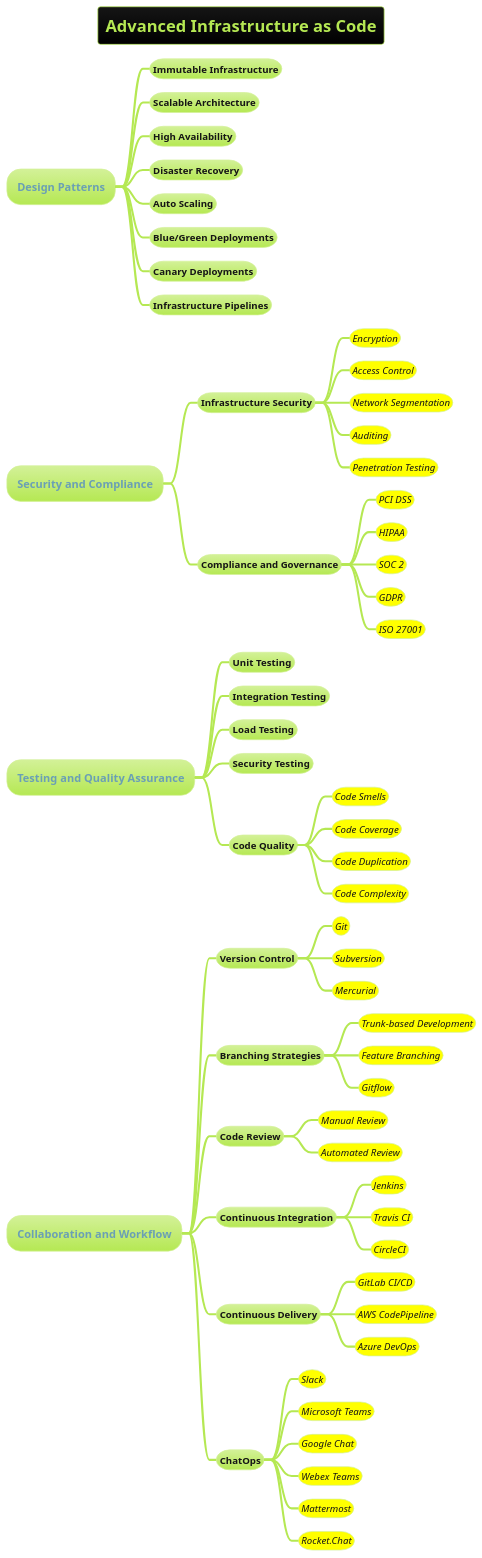
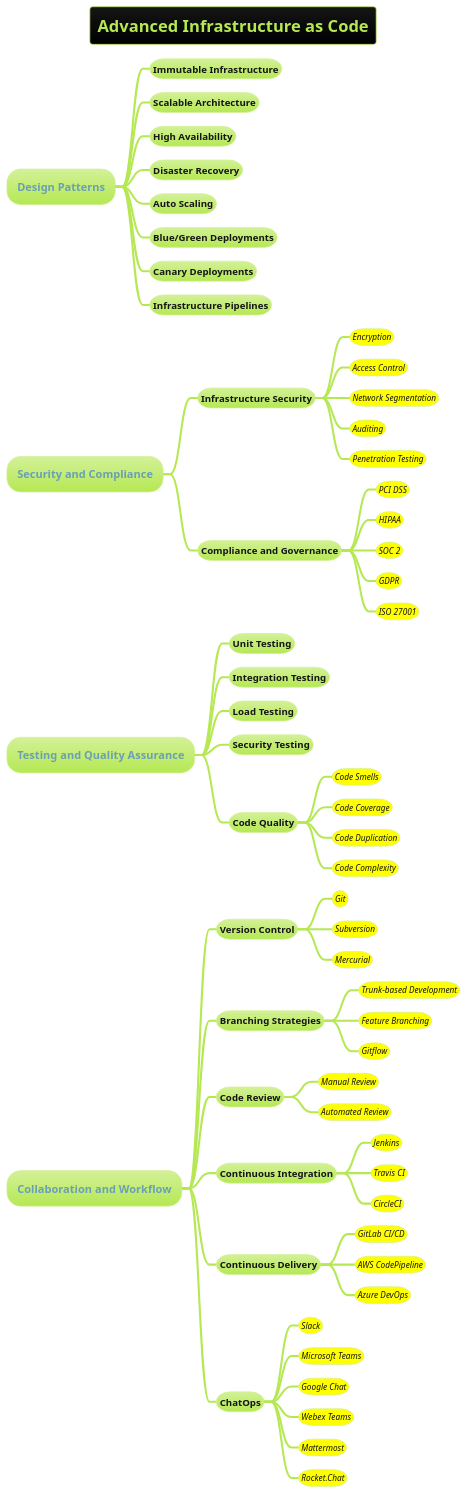
Before and after one commit to MehmoodHashmi/Documentation-as-Code-DaC: the diagram in docs/3-devops/devops-plantuml-mindmap/advance-infrastructure-as-code.puml, drawn with PlantUML. The commit also changed 20 other files, not shown here.

```diff
--- a/docs/3-devops/devops-plantuml-mindmap/advance-infrastructure-as-code.puml
+++ b/docs/3-devops/devops-plantuml-mindmap/advance-infrastructure-as-code.puml
@@ -1,64 +1,64 @@
 @startmindmap
 title =Advanced Infrastructure as Code
 !theme hacker
 
 * Design Patterns
 ** Immutable Infrastructure
 ** Scalable Architecture
 ** High Availability
 ** Disaster Recovery
 ** Auto Scaling
 ** Blue/Green Deployments
 ** Canary Deployments
 ** Infrastructure Pipelines
 * Security and Compliance
 ** Infrastructure Security
-***[#yellow] ====<size:14>Encryption
-***[#yellow] ====<size:14>Access Control
-***[#yellow] ====<size:14>Network Segmentation
-***[#yellow] ====<size:14>Auditing
-***[#yellow] ====<size:14>Penetration Testing
+***[#yellow] <i><size:12>Encryption
+***[#yellow] <i><size:12>Access Control
+***[#yellow] <i><size:12>Network Segmentation
+***[#yellow] <i><size:12>Auditing
+***[#yellow] <i><size:12>Penetration Testing
 ** Compliance and Governance
-***[#yellow] ====<size:14>PCI DSS
-***[#yellow] ====<size:14>HIPAA
-***[#yellow] ====<size:14>SOC 2
-***[#yellow] ====<size:14>GDPR
-***[#yellow] ====<size:14>ISO 27001
+***[#yellow] <i><size:12>PCI DSS
+***[#yellow] <i><size:12>HIPAA
+***[#yellow] <i><size:12>SOC 2
+***[#yellow] <i><size:12>GDPR
+***[#yellow] <i><size:12>ISO 27001
 * Testing and Quality Assurance
 ** Unit Testing
 ** Integration Testing
 ** Load Testing
 ** Security Testing
 ** Code Quality
-***[#yellow] ====<size:14>Code Smells
-***[#yellow] ====<size:14>Code Coverage
-***[#yellow] ====<size:14>Code Duplication
-***[#yellow] ====<size:14>Code Complexity
+***[#yellow] <i><size:12>Code Smells
+***[#yellow] <i><size:12>Code Coverage
+***[#yellow] <i><size:12>Code Duplication
+***[#yellow] <i><size:12>Code Complexity
 * Collaboration and Workflow
 ** Version Control
-***[#yellow] ====<size:14>Git
-***[#yellow] ====<size:14>Subversion
-***[#yellow] ====<size:14>Mercurial
+***[#yellow] <i><size:12>Git
+***[#yellow] <i><size:12>Subversion
+***[#yellow] <i><size:12>Mercurial
 ** Branching Strategies
-***[#yellow] ====<size:14>Trunk-based Development
-***[#yellow] ====<size:14>Feature Branching
-***[#yellow] ====<size:14>Gitflow
+***[#yellow] <i><size:12>Trunk-based Development
+***[#yellow] <i><size:12>Feature Branching
+***[#yellow] <i><size:12>Gitflow
 ** Code Review
-***[#yellow] ====<size:14>Manual Review
-***[#yellow] ====<size:14>Automated Review
+***[#yellow] <i><size:12>Manual Review
+***[#yellow] <i><size:12>Automated Review
 ** Continuous Integration
-***[#yellow] ====<size:14>Jenkins
-***[#yellow] ====<size:14>Travis CI
-***[#yellow] ====<size:14>CircleCI
+***[#yellow] <i><size:12>Jenkins
+***[#yellow] <i><size:12>Travis CI
+***[#yellow] <i><size:12>CircleCI
 ** Continuous Delivery
-***[#yellow] ====<size:14>GitLab CI/CD
-***[#yellow] ====<size:14>AWS CodePipeline
-***[#yellow] ====<size:14>Azure DevOps
+***[#yellow] <i><size:12>GitLab CI/CD
+***[#yellow] <i><size:12>AWS CodePipeline
+***[#yellow] <i><size:12>Azure DevOps
 ** ChatOps
-***[#yellow] ====<size:14>Slack
-***[#yellow] ====<size:14>Microsoft Teams
-***[#yellow] ====<size:14>Google Chat
-***[#yellow] ====<size:14>Webex Teams
-***[#yellow] ====<size:14>Mattermost
-***[#yellow] ====<size:14>Rocket.Chat
+***[#yellow] <i><size:12>Slack
+***[#yellow] <i><size:12>Microsoft Teams
+***[#yellow] <i><size:12>Google Chat
+***[#yellow] <i><size:12>Webex Teams
+***[#yellow] <i><size:12>Mattermost
+***[#yellow] <i><size:12>Rocket.Chat
 @endmindmap
```
